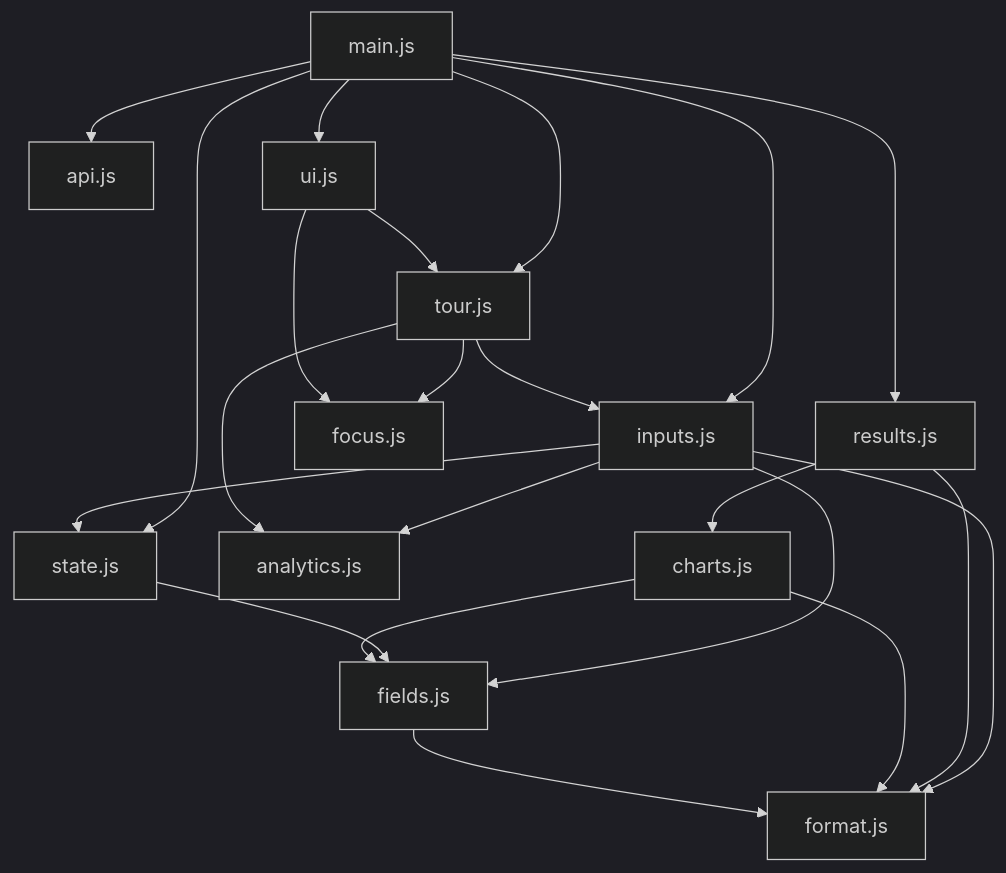
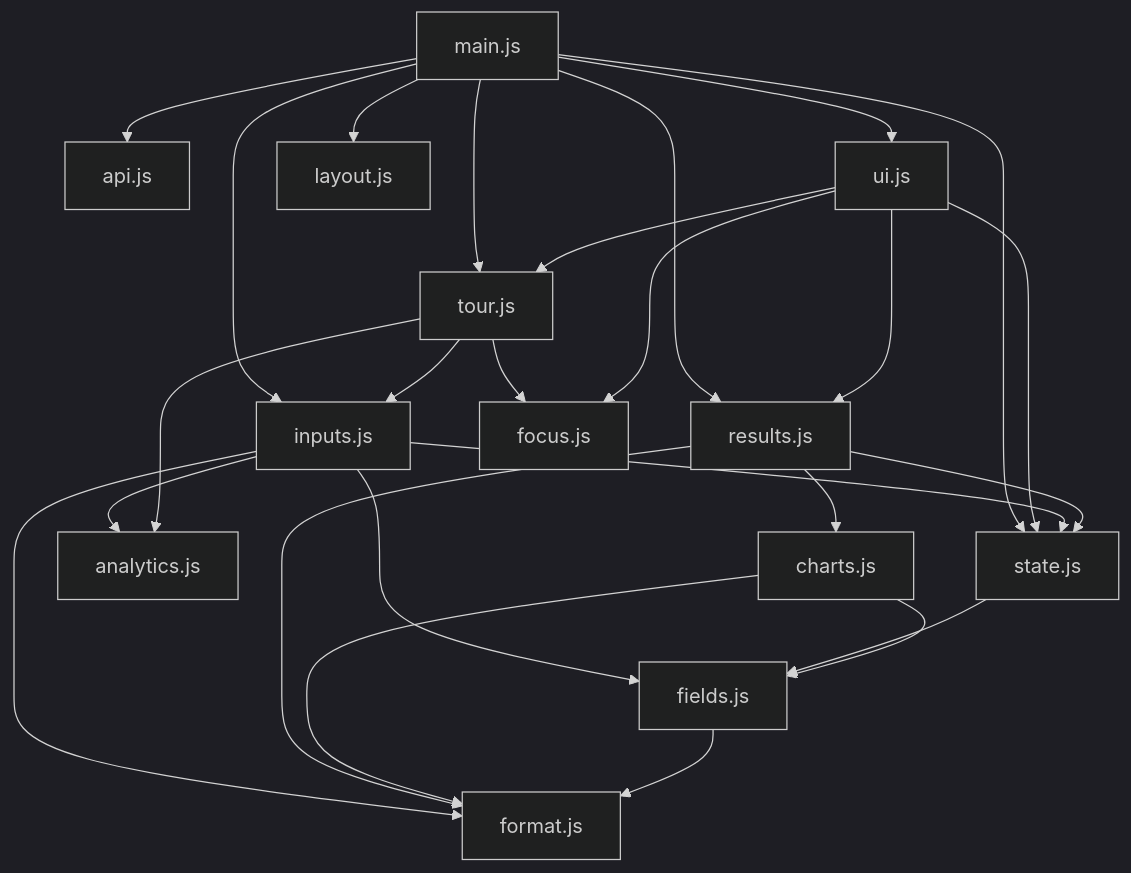
Before and after one commit to palsagar/rent-vs-buy-simulator: the diagram in docs/architecture.md, drawn with Mermaid (dark theme). The commit also changed other lines of this file and 31 other files, not shown here.

````diff
--- a/docs/architecture.md
+++ b/docs/architecture.md
@@ -21,24 +21,28 @@
 ```mermaid
 graph TD
     main["main.js"] --> api["api.js"]
     main --> inputs["inputs.js"]
     main --> results["results.js"]
     main --> state["state.js"]
     main --> tour["tour.js"]
     main --> ui["ui.js"]
+    main --> layout["layout.js"]
+    ui --> state
     inputs --> fields["fields.js"]
     inputs --> analytics["analytics.js"]
     inputs --> format["format.js"]
     inputs --> state
     state --> fields
     tour --> analytics
     tour --> inputs
     tour --> focus["focus.js"]
     ui --> tour
     ui --> focus
     results --> charts["charts.js"]
     results --> format
+    results --> state
+    ui --> results
     charts --> fields
     charts --> format
     fields --> format
 ```
````
